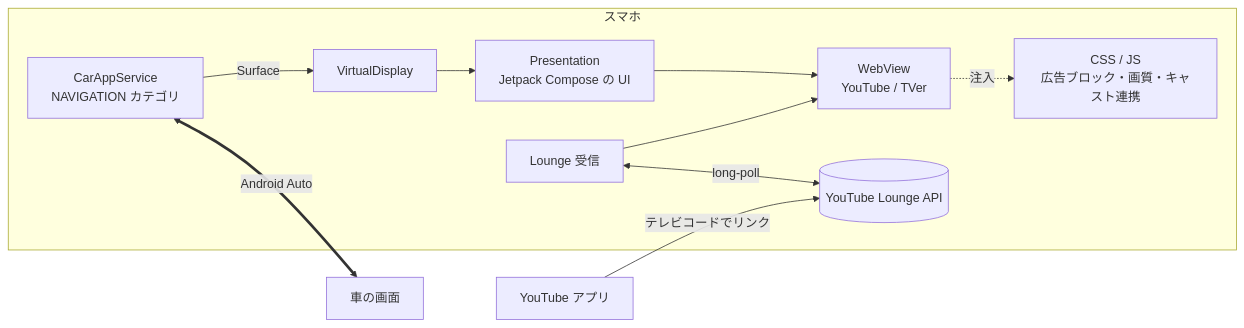
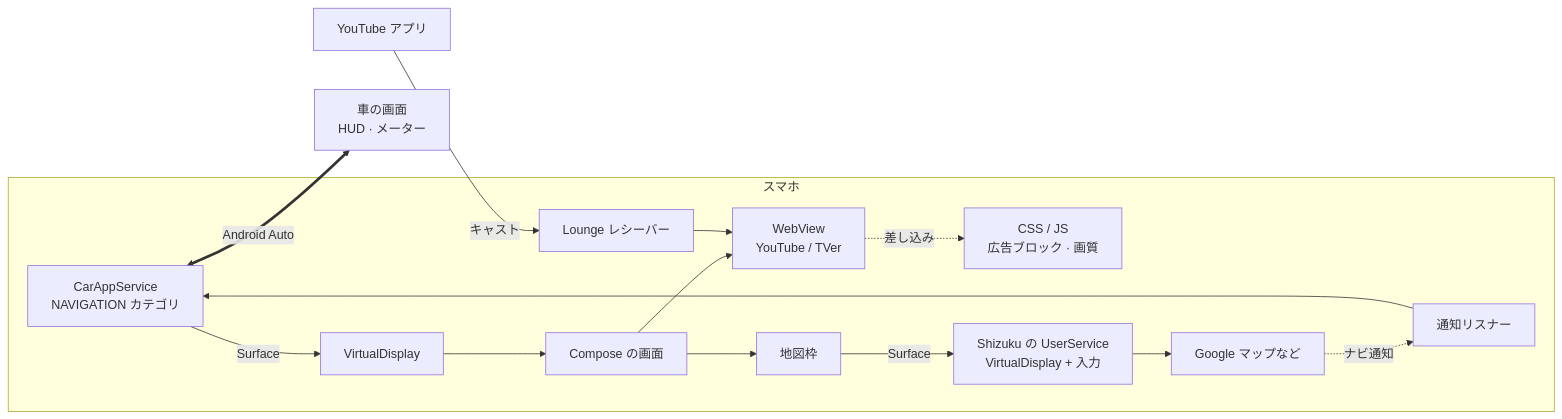
One commit to hirossan4049/aweauto changed the diagram in README.ja.md. Above: the diagram before and after it, drawn with Mermaid. The commit also changed other lines of this file and 4 other files, not shown here.

````diff
--- a/README.ja.md
+++ b/README.ja.md
@@ -68,13 +171,17 @@
 ```mermaid
 flowchart LR
     subgraph スマホ
         CAS[CarAppService<br/>NAVIGATION カテゴリ] -- Surface --> VD[VirtualDisplay]
-        VD --> PR[Presentation<br/>Jetpack Compose の UI]
-        PR --> WV[WebView<br/>YouTube / TVer]
-        WV -. 注入 .-> JS[CSS / JS<br/>広告ブロック・画質・キャスト連携]
-        LR[Lounge 受信] <-- long-poll --> YT[(YouTube Lounge API)]
-        LR --> WV
+        VD --> UI[Compose の画面]
+        UI --> WV[WebView<br/>YouTube / TVer]
+        WV -. 差し込み .-> JS[CSS / JS<br/>広告ブロック · 画質]
+        UI --> MP[地図枠]
+        MP -- Surface --> SH[Shizuku の UserService<br/>VirtualDisplay + 入力]
+        SH --> MAP[Google マップなど]
+        MAP -. ナビ通知 .-> NL[通知リスナー]
+        NL --> CAS
+        LR[Lounge レシーバー] --> WV
     end
-    CAS <== Android Auto ==> HU[車の画面]
-    APP[YouTube アプリ] -- テレビコードでリンク --> YT
+    CAS <== Android Auto ==> CAR[車の画面<br/>HUD · メーター]
+    YT[YouTube アプリ] -- キャスト --> LR
 ```
````
